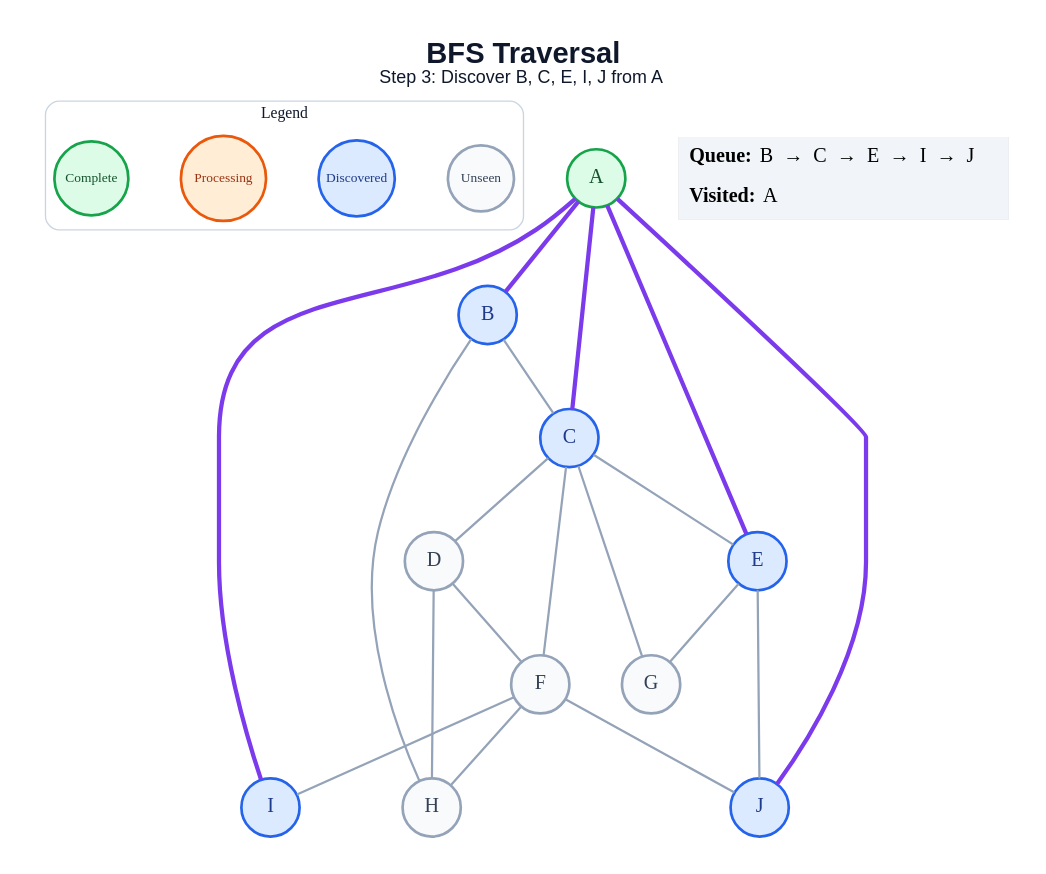
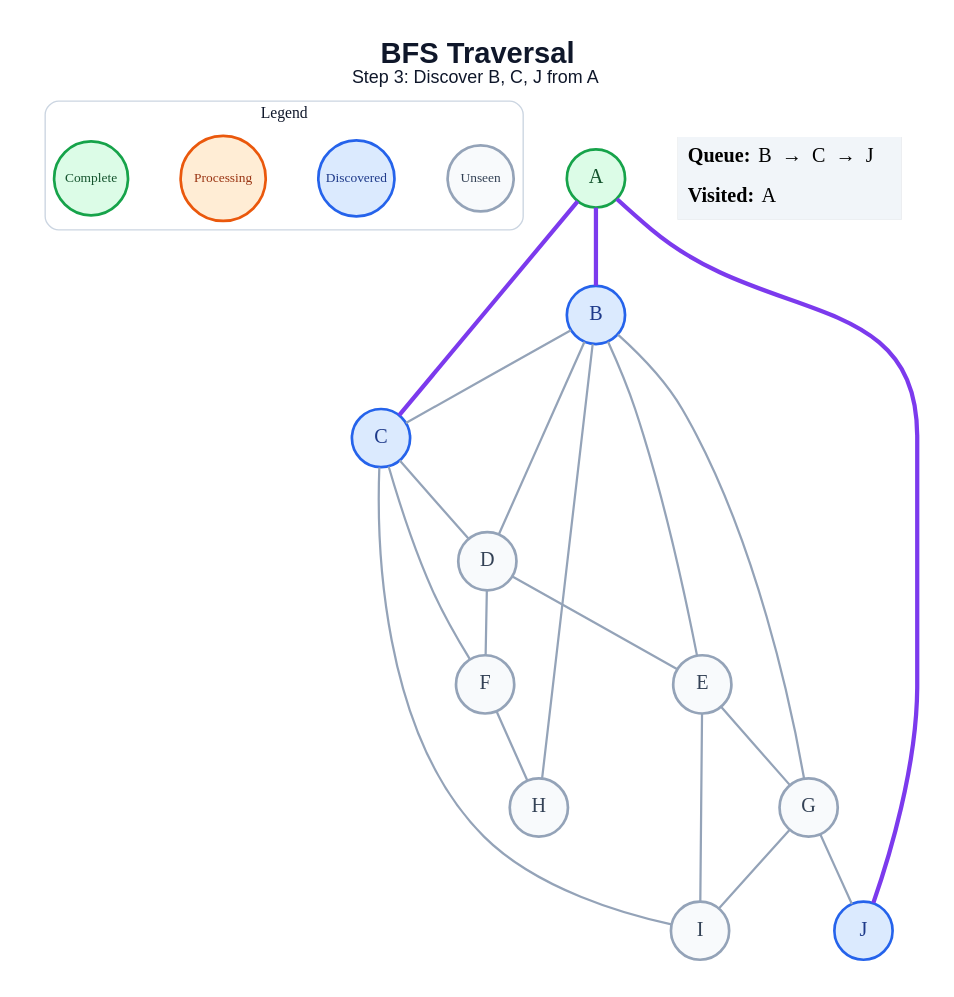
One commit to amanghodawala9/ai-slop changed the diagram in generated/bfs/step_03.dot. Above: the diagram before and after it, drawn with Graphviz. The commit also changed 178 other files, not shown here.

```diff
--- a/generated/bfs/step_03.dot
+++ b/generated/bfs/step_03.dot
@@ -1,47 +1,47 @@
 graph traversal {
   graph [layout=dot, rankdir=TB, bgcolor="#FFFFFF", pad="0.35", nodesep="0.65", ranksep="0.8", fontname="Arial"];
   node [shape=circle, style="filled", fontname="Arial Bold", fontsize=18, width=0.72, fixedsize=true, penwidth=2.4];
   edge [color="#94A3B8", penwidth=2.0];
-  label=<<B>BFS Traversal</B><BR/><FONT POINT-SIZE="16">Step 3: Discover B, C, E, I, J from A</FONT>>; labelloc="t"; fontsize=26; fontname="Arial"; fontcolor="#0F172A";
+  label=<<B>BFS Traversal</B><BR/><FONT POINT-SIZE="16">Step 3: Discover B, C, J from A</FONT>>; labelloc="t"; fontsize=26; fontname="Arial"; fontcolor="#0F172A";
   subgraph cluster_legend { label="Legend"; color="#CBD5E1"; penwidth=1.2; style="rounded"; fontsize=14; fontname="Arial Bold";
     key_unseen [label="Unseen", fillcolor="#F8FAFC", color="#94A3B8", fontcolor="#334155", fontsize=12, width=0.82];
     key_frontier [label="Discovered", fillcolor="#DBEAFE", color="#2563EB", fontcolor="#1E3A8A", fontsize=12, width=0.95];
     key_current [label="Processing", fillcolor="#FFEDD5", color="#EA580C", fontcolor="#9A3412", fontsize=12, width=1.05];
     key_done [label="Complete", fillcolor="#DCFCE7", color="#16A34A", fontcolor="#14532D", fontsize=12, width=0.92];
     { rank=same; key_unseen; key_frontier; key_current; key_done; }
   }
   A [fillcolor="#DCFCE7", color="#16A34A", fontcolor="#14532D"];
   B [fillcolor="#DBEAFE", color="#2563EB", fontcolor="#1E3A8A"];
   C [fillcolor="#DBEAFE", color="#2563EB", fontcolor="#1E3A8A"];
   D [fillcolor="#F8FAFC", color="#94A3B8", fontcolor="#334155"];
-  E [fillcolor="#DBEAFE", color="#2563EB", fontcolor="#1E3A8A"];
+  E [fillcolor="#F8FAFC", color="#94A3B8", fontcolor="#334155"];
   F [fillcolor="#F8FAFC", color="#94A3B8", fontcolor="#334155"];
   G [fillcolor="#F8FAFC", color="#94A3B8", fontcolor="#334155"];
   H [fillcolor="#F8FAFC", color="#94A3B8", fontcolor="#334155"];
-  I [fillcolor="#DBEAFE", color="#2563EB", fontcolor="#1E3A8A"];
+  I [fillcolor="#F8FAFC", color="#94A3B8", fontcolor="#334155"];
   J [fillcolor="#DBEAFE", color="#2563EB", fontcolor="#1E3A8A"];
   A -- B [color="#7C3AED", penwidth=3.8];
   A -- C [color="#7C3AED", penwidth=3.8];
-  A -- E [color="#7C3AED", penwidth=3.8];
-  A -- I [color="#7C3AED", penwidth=3.8];
   A -- J [color="#7C3AED", penwidth=3.8];
   B -- C;
+  B -- D;
+  B -- E;
+  B -- G;
   B -- H;
   C -- D;
-  C -- E;
   C -- F;
-  C -- G;
+  C -- I;
+  D -- E;
   D -- F;
-  D -- H;
   E -- G;
-  E -- J;
+  E -- I;
   F -- H;
-  F -- I;
-  F -- J;
+  G -- I;
+  G -- J;
   status [shape=plain, fixedsize=false, width=0, height=0, margin=0, label=<
     <TABLE BORDER="0" CELLBORDER="0" CELLPADDING="7" BGCOLOR="#F1F5F9">
-      <TR><TD ALIGN="LEFT"><B>Queue:</B> B  →  C  →  E  →  I  →  J</TD></TR>
+      <TR><TD ALIGN="LEFT"><B>Queue:</B> B  →  C  →  J</TD></TR>
       <TR><TD ALIGN="LEFT"><B>Visited:</B> A</TD></TR>
     </TABLE>
   >];
 }
```
